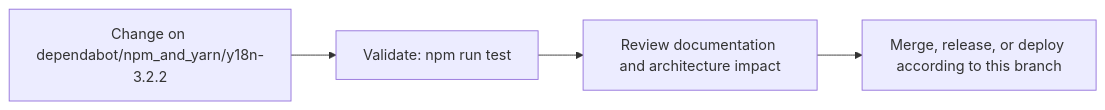
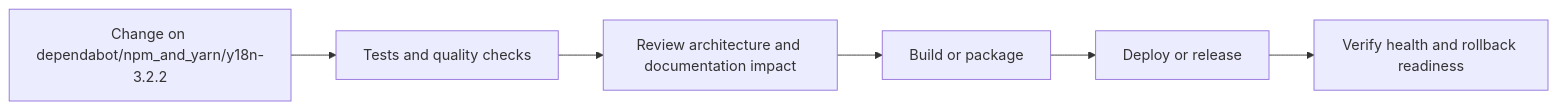
Before and after one commit to Nischhalsubba/rismfp-ui: the fourth of 5 diagrams in README.md, drawn with Mermaid. The commit also changed other lines of this file, not shown here.

````diff
--- a/README.md
+++ b/README.md
@@ -66,8 +135,8 @@
 ```mermaid
 flowchart LR
-    CHANGE["Change on dependabot/npm_and_yarn/y18n-3.2.2"]
-    CHECK["Validate: npm run test"]
-    REVIEW["Review documentation and architecture impact"]
-    RELEASE["Merge, release, or deploy according to this branch"]
-    CHANGE --> CHECK --> REVIEW --> RELEASE
+    CHANGE["Change on dependabot/npm_and_yarn/y18n-3.2.2"] --> CHECK["Tests and quality checks"]
+    CHECK --> REVIEW["Review architecture and documentation impact"]
+    REVIEW --> BUILD["Build or package"]
+    BUILD --> DEPLOY["Deploy or release"]
+    DEPLOY --> VERIFY["Verify health and rollback readiness"]
 ```
````
